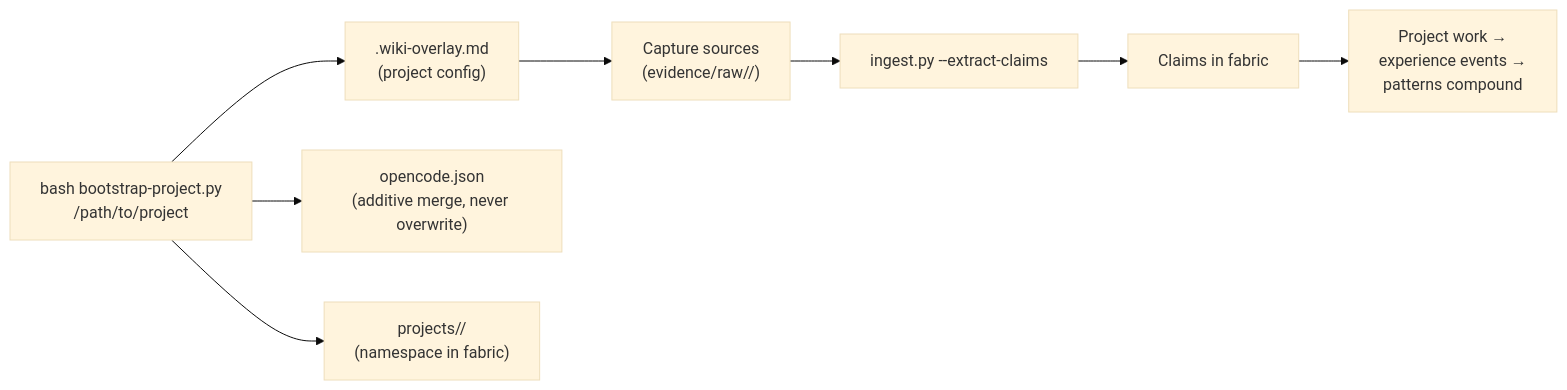
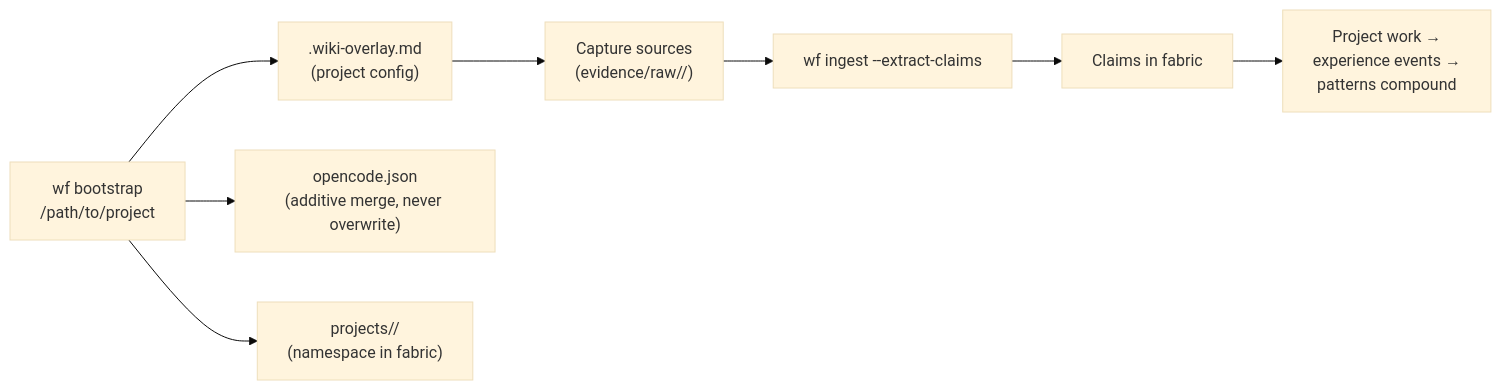
The fifth of 8 diagrams in docs/site/core-workflows.md (hybridindie/wiki-fabric), drawn with Mermaid (base theme) before and after one commit. The commit also changed other lines of this file and 12 other files, not shown here.

Commit message:
verbs everywhere: agent-facing SKILL.md files (system/ + .opencode/ copies), core-workflows diagrams, machine-contract/cli/evals/how-sync/how-corpus/skills/config prose → wf verbs; CONTRIBUTING dev self-check via the verb

````diff
--- a/docs/site/core-workflows.md
+++ b/docs/site/core-workflows.md
@@ -278,10 +278,10 @@
 ```mermaid
 flowchart LR
-    A["bash bootstrap-project.py<br/>/path/to/project"] --> B[".wiki-overlay.md<br/>(project config)"]
+    A["wf bootstrap<br/>/path/to/project"] --> B[".wiki-overlay.md<br/>(project config)"]
     A --> C["opencode.json<br/>(additive merge, never overwrite)"]
     A --> D["projects/<slug>/<br/>(namespace in fabric)"]
     B --> E["Capture sources<br/>(evidence/raw/<repo>/)"]
-    E --> F["ingest.py --extract-claims"]
+    E --> F["wf ingest --extract-claims"]
     F --> G["Claims in fabric"]
     G --> H["Project work →<br/>experience events →<br/>patterns compound"]
 ```
````
